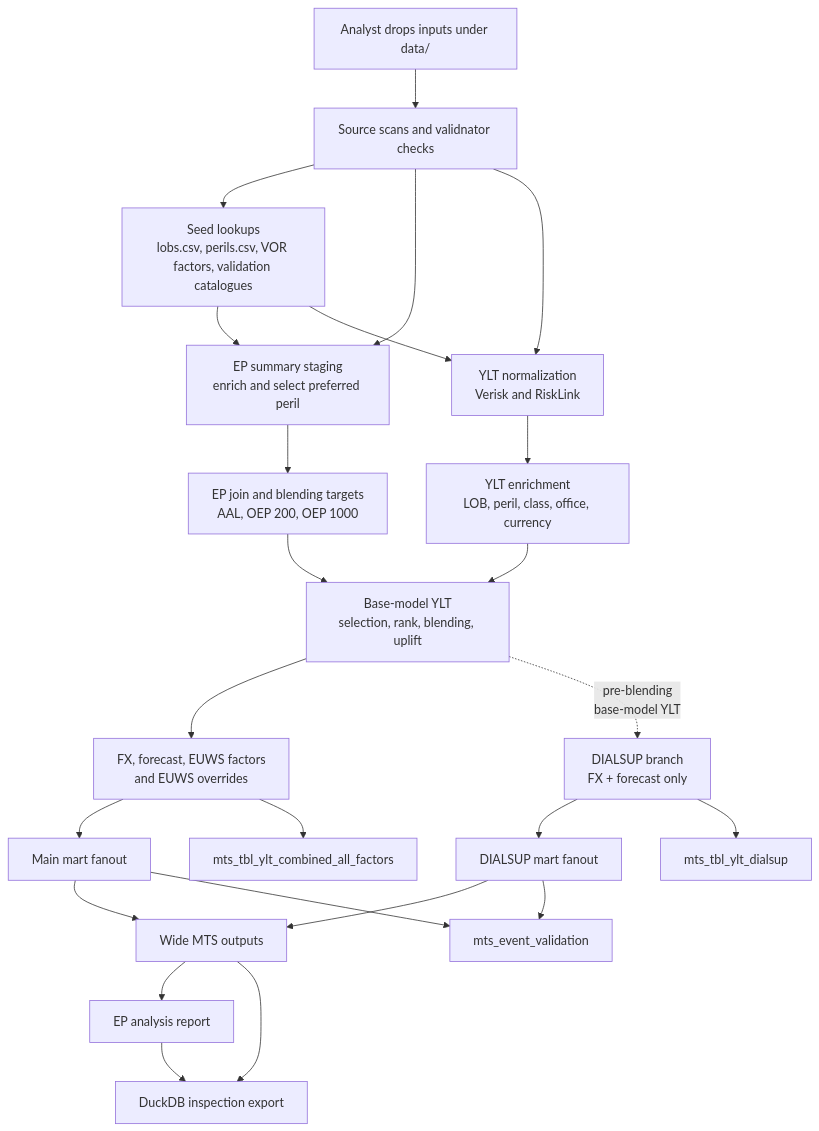
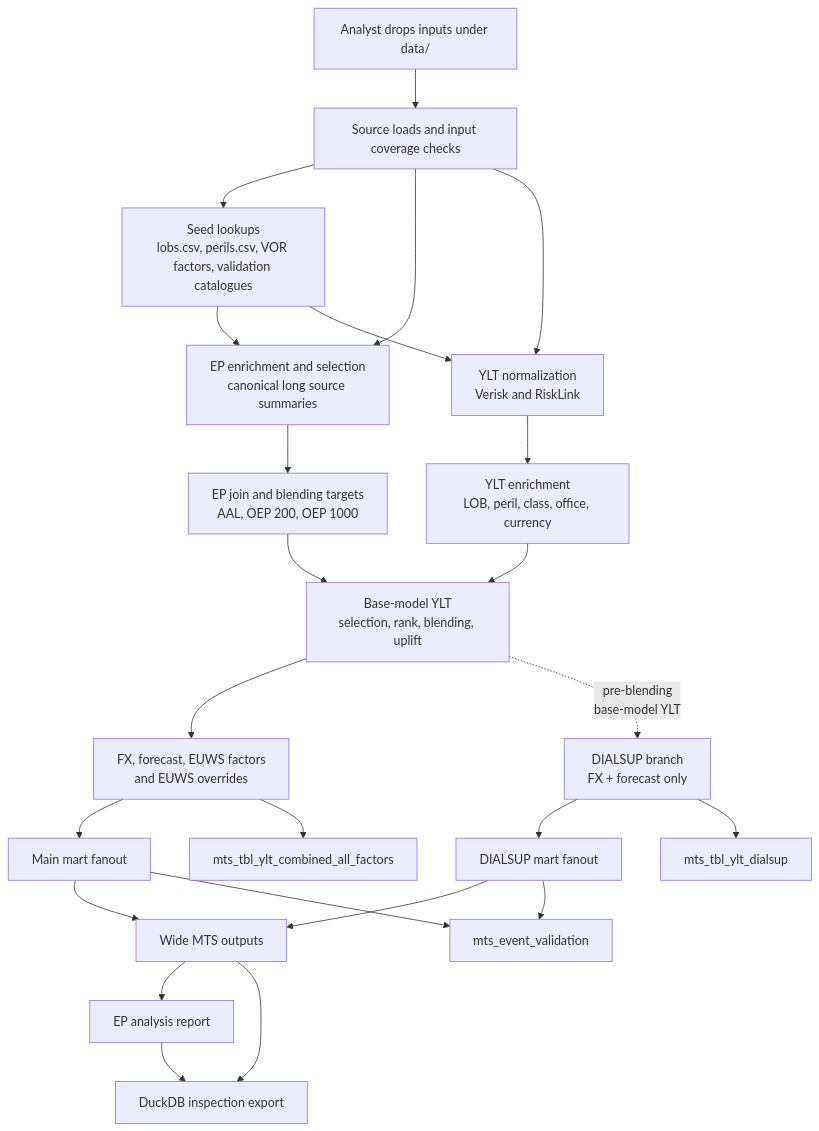
The diagram in docs/architecture.md (richardrh/rollup-dbt), drawn with Mermaid before and after one commit. The commit also changed other lines of this file and 124 other files, not shown here.

Commit message:
refactor(pipeline): make runtime architecture explicit (#83)

````diff
--- a/docs/architecture.md
+++ b/docs/architecture.md
@@ -10,26 +10,26 @@
 ```mermaid
 flowchart TD
-  A[Analyst drops inputs under data/] --> B[Source scans and validnator checks]
+  A[Analyst drops inputs under data/] --> B[Source loads and input coverage checks]
   B --> C[Seed lookups\nlobs.csv, perils.csv, VOR factors, validation catalogues]
-  B --> D[EP summary staging\nenrich and select preferred peril]
+  B --> D[EP enrichment and selection\ncanonical long source summaries]
   B --> E[YLT normalization\nVerisk and RiskLink]
   C --> D
   C --> E
   D --> F[EP join and blending targets\nAAL, OEP 200, OEP 1000]
   E --> G[YLT enrichment\nLOB, peril, class, office, currency]
   F --> H[Base-model YLT\nselection, rank, blending, uplift]
   G --> H
   H --> I[FX, forecast, EUWS factors\nand EUWS overrides]
   H -.->|pre-blending\nbase-model YLT| J[DIALSUP branch\nFX + forecast only]
   I --> K[Main mart fanout]
   J --> L[DIALSUP mart fanout]
   I --> O[mts_tbl_ylt_combined_all_factors]
   J --> P[mts_tbl_ylt_dialsup]
   K --> M[Wide MTS outputs]
   L --> M
   K --> N[mts_event_validation]
   L --> N
   M --> Q[EP analysis report]
   M --> R[DuckDB inspection export]
   Q --> R
 ```
````
